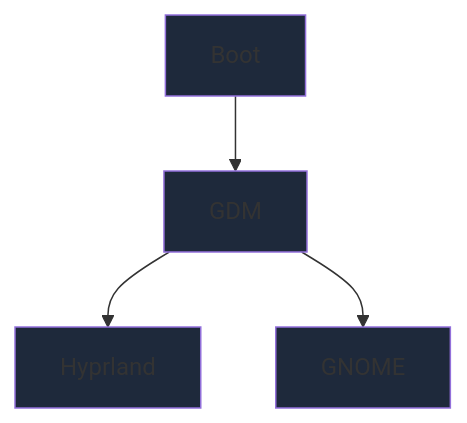
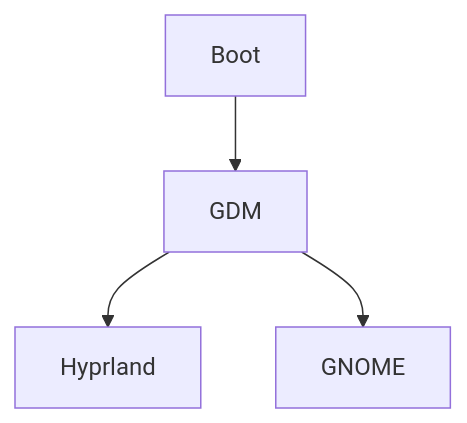
The diagram in README.md (RomeoCavazza/nixos-config), drawn with Mermaid before and after one commit.

Commit message:
fix: remove custom dark fill from Session at login Mermaid

````diff
--- a/README.md
+++ b/README.md
@@ -65,16 +65,11 @@
 ```mermaid
 flowchart TB
   Boot["Boot"]
   GDM["GDM"]
   H["Hyprland"]
   G["GNOME"]
 
   Boot --> GDM
   GDM --> H
   GDM --> G
-
-  style Boot fill:#1e293b
-  style GDM fill:#1e293b
-  style H fill:#1e293b
-  style G fill:#1e293b
 ```
````
